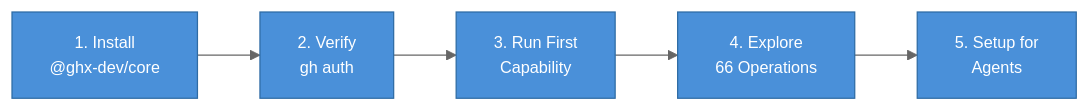
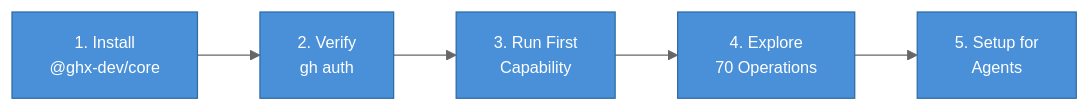
The diagram in docs/getting-started/README.md (aryeko/ghx-router), drawn with Mermaid before and after one commit. The commit also changed other lines of this file and 36 other files, not shown here.

````diff
--- a/docs/getting-started/README.md
+++ b/docs/getting-started/README.md
@@ -6,14 +6,14 @@
 ```mermaid
 %%{init: {'theme': 'base', 'themeVariables': {'primaryColor': '#4A90D9', 'primaryTextColor': '#fff', 'primaryBorderColor': '#2E6BA4', 'lineColor': '#666', 'fontSize': '13px'}}}%%
 graph LR
   A["1. Install<br/>@ghx-dev/core"] --> B["2. Verify<br/>gh auth"]
   B --> C["3. Run First<br/>Capability"]
-  C --> D["4. Explore<br/>66 Operations"]
+  C --> D["4. Explore<br/>70 Operations"]
   D --> E["5. Setup for<br/>Agents"]
 
   style A fill:#4A90D9,color:#fff
   style B fill:#4A90D9,color:#fff
   style C fill:#4A90D9,color:#fff
   style D fill:#4A90D9,color:#fff
   style E fill:#4A90D9,color:#fff
 ```
````
